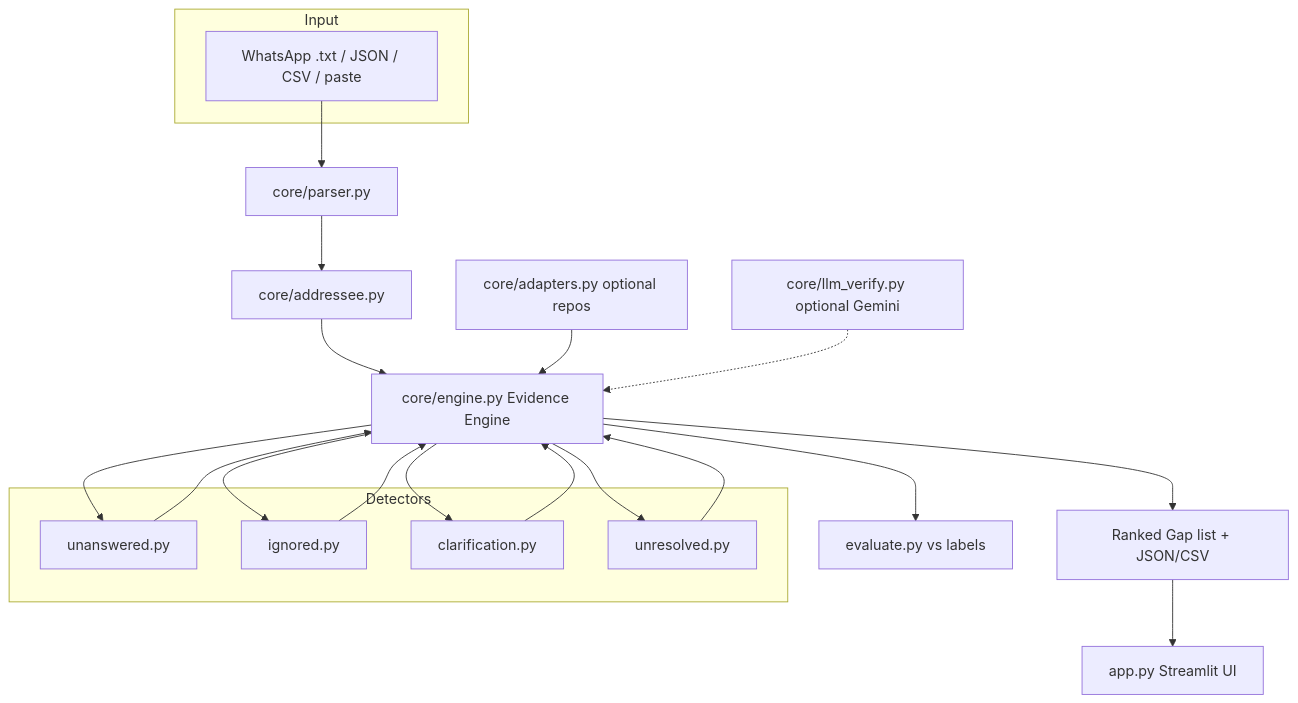
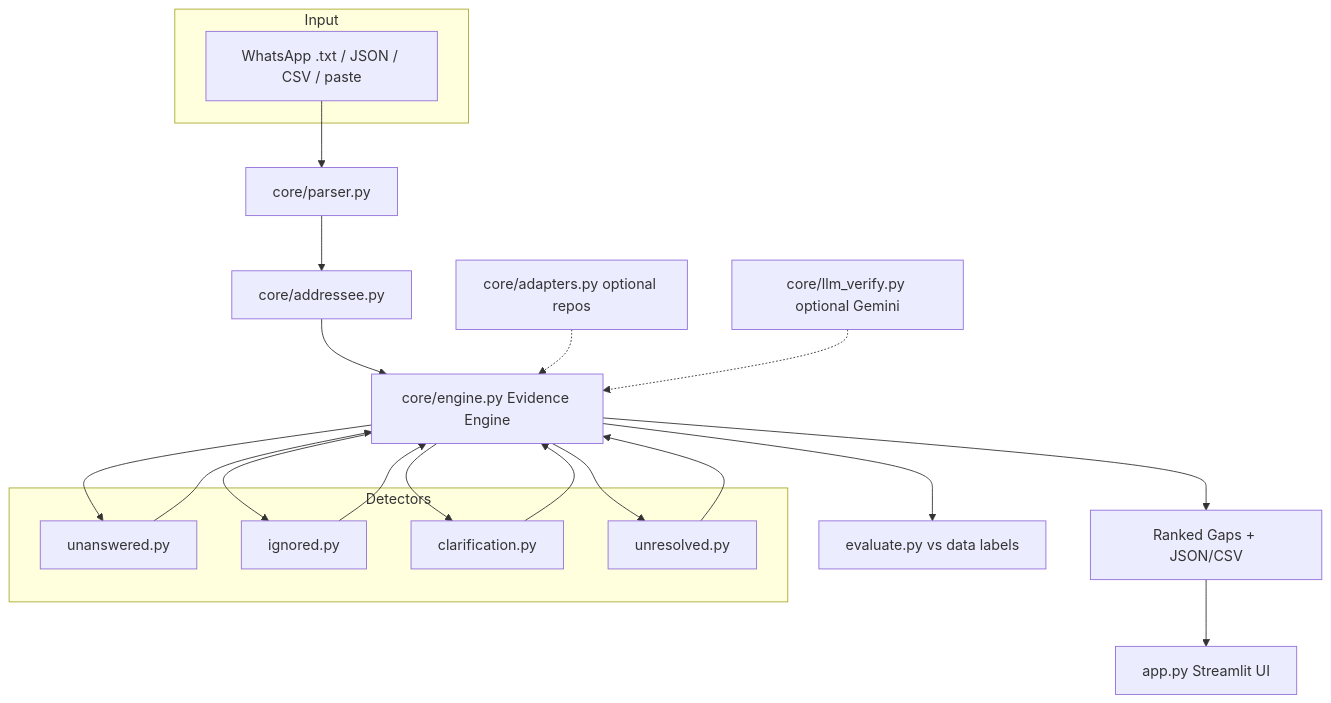
One commit to himeshghosh98-maker/KERNAL-UEM-HIMESH-GHOSH changed the diagram in README.md. Above: the diagram before and after it, drawn with Mermaid. The commit also changed other lines of this file, not shown here.

Commit message:
docs: rewrite README (architecture, detectors, demo, results, attribution)

````diff
--- a/README.md
+++ b/README.md
@@ -47,23 +122,31 @@
 ```mermaid
 flowchart TB
     subgraph Input
         TXT[WhatsApp .txt / JSON / CSV / paste]
     end
     TXT --> P[core/parser.py]
     P --> A[core/addressee.py]
     A --> E[core/engine.py Evidence Engine]
 
     subgraph Detectors
         D1[unanswered.py]
         D2[ignored.py]
         D3[clarification.py]
         D4[unresolved.py]
     end
-    E --> D1 & D2 & D3 & D4
-    AD[core/adapters.py optional repos] --> E
-    D1 & D2 & D3 & D4 --> E
+
+    E --> D1
+    E --> D2
+    E --> D3
+    E --> D4
+    D1 --> E
+    D2 --> E
+    D3 --> E
+    D4 --> E
+
+    AD[core/adapters.py optional repos] -.-> E
     LLM[core/llm_verify.py optional Gemini] -.-> E
-    E --> G[Ranked Gap list + JSON/CSV]
+    E --> G[Ranked Gaps + JSON/CSV]
     G --> UI[app.py Streamlit UI]
-    E --> EV[evaluate.py vs labels]
+    E --> EV[evaluate.py vs data labels]
 ```
````
